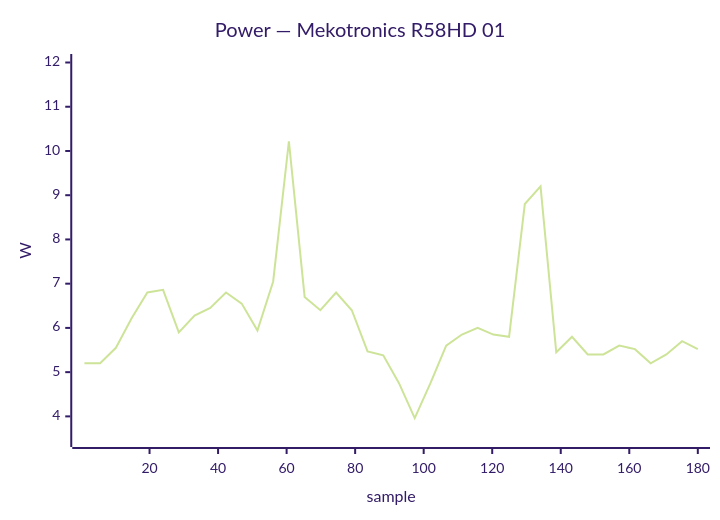
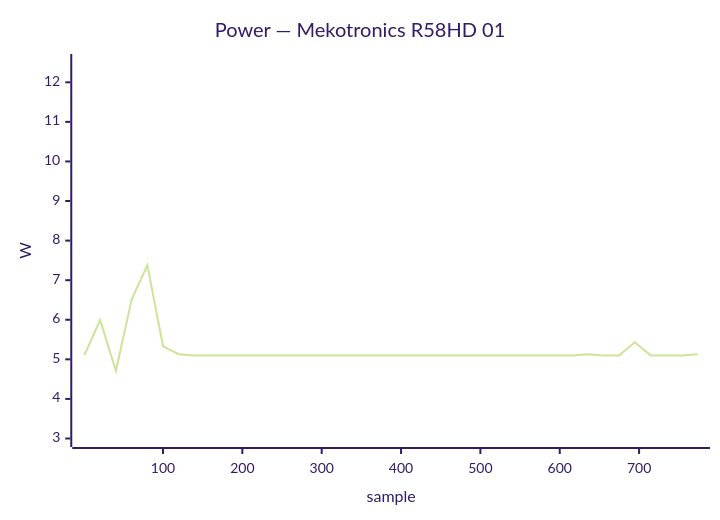
Before and after one commit to armbian/documentation: diagram 11 of 32 in docs/status/board-tests.md, drawn with Mermaid (forest theme). The commit also changed other lines of this file, not shown here.

````diff
--- a/docs/status/board-tests.md
+++ b/docs/status/board-tests.md
@@ -572,7 +708,7 @@
 ```mermaid
 xychart-beta
     title "Power — Mekotronics R58HD 01"
-    x-axis "sample" 1 --> 180
-    y-axis "W" 3.5 --> 12.0
-    line [5.20, 5.20, 5.55, 6.22, 6.80, 6.86, 5.90, 6.28, 6.45, 6.80, 6.55, 5.94, 7.05, 10.22, 6.70, 6.40, 6.80, 6.40, 5.47, 5.38, 4.75, 3.96, 4.75, 5.60, 5.85, 6.00, 5.85, 5.80, 8.80, 9.20, 5.45, 5.80, 5.40, 5.40, 5.60, 5.52, 5.20, 5.40, 5.70, 5.52]
+    x-axis "sample" 1 --> 774
+    y-axis "W" 3.0 --> 12.5
+    line [5.11, 5.99, 4.71, 6.51, 7.38, 5.33, 5.13, 5.10, 5.10, 5.10, 5.10, 5.10, 5.10, 5.10, 5.10, 5.10, 5.10, 5.10, 5.10, 5.10, 5.10, 5.10, 5.10, 5.10, 5.10, 5.10, 5.10, 5.10, 5.10, 5.10, 5.10, 5.10, 5.13, 5.10, 5.10, 5.43, 5.10, 5.10, 5.10, 5.13]
 ```
````
